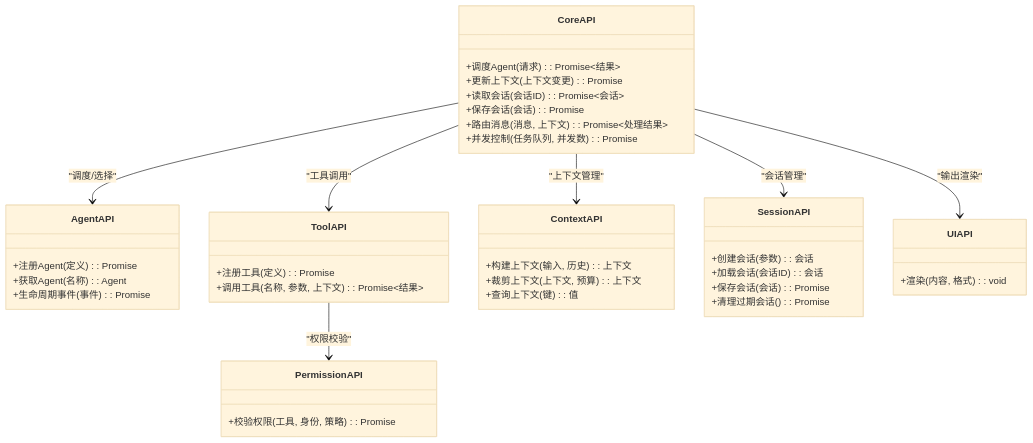
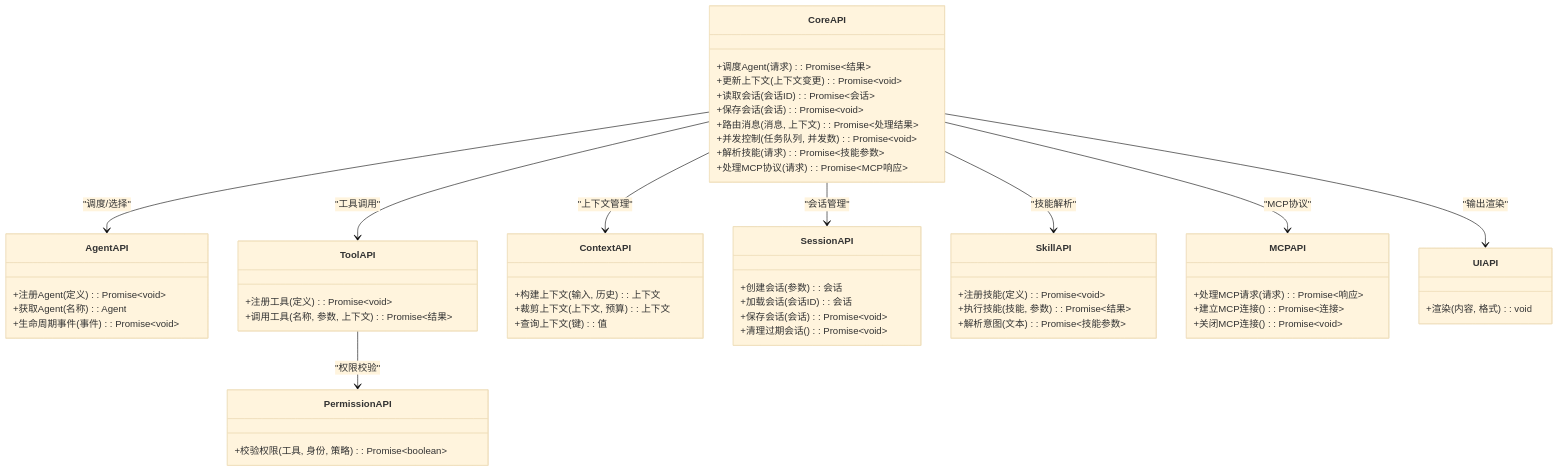
Before and after one commit to SSZero-670/easy-agent-cli: the third of 12 diagrams in .qoder/repowiki/zh/content/API参考/核心逻辑API.md, drawn with Mermaid (base theme). The commit also changed other lines of this file and 9 other files, not shown here.

````diff
--- a/.qoder/repowiki/zh/content/API参考/核心逻辑API.md
+++ b/.qoder/repowiki/zh/content/API参考/核心逻辑API.md
@@ -154,43 +171,57 @@
 ```mermaid
 classDiagram
 class CoreAPI {
-+调度Agent(请求) : Promise<结果>
-+更新上下文(上下文变更) : Promise<void>
-+读取会话(会话ID) : Promise<会话>
-+保存会话(会话) : Promise<void>
-+路由消息(消息, 上下文) : Promise<处理结果>
-+并发控制(任务队列, 并发数) : Promise<void>
++调度Agent(请求) : Promise~结果~
++更新上下文(上下文变更) : Promise~void~
++读取会话(会话ID) : Promise~会话~
++保存会话(会话) : Promise~void~
++路由消息(消息, 上下文) : Promise~处理结果~
++并发控制(任务队列, 并发数) : Promise~void~
++解析技能(请求) : Promise~技能参数~
++处理MCP协议(请求) : Promise~MCP响应~
 }
 class AgentAPI {
-+注册Agent(定义) : Promise<void>
++注册Agent(定义) : Promise~void~
 +获取Agent(名称) : Agent
-+生命周期事件(事件) : Promise<void>
++生命周期事件(事件) : Promise~void~
 }
 class ToolAPI {
-+注册工具(定义) : Promise<void>
-+调用工具(名称, 参数, 上下文) : Promise<结果>
++注册工具(定义) : Promise~void~
++调用工具(名称, 参数, 上下文) : Promise~结果~
 }
 class ContextAPI {
 +构建上下文(输入, 历史) : 上下文
 +裁剪上下文(上下文, 预算) : 上下文
 +查询上下文(键) : 值
 }
 class SessionAPI {
 +创建会话(参数) : 会话
 +加载会话(会话ID) : 会话
-+保存会话(会话) : Promise<void>
-+清理过期会话() : Promise<void>
++保存会话(会话) : Promise~void~
++清理过期会话() : Promise~void~
+}
+class SkillAPI {
++注册技能(定义) : Promise~void~
++执行技能(技能, 参数) : Promise~结果~
++解析意图(文本) : Promise~技能参数~
+}
+class MCPAPI {
++处理MCP请求(请求) : Promise~响应~
++建立MCP连接() : Promise~连接~
++关闭MCP连接() : Promise~void~
 }
 class PermissionAPI {
-+校验权限(工具, 身份, 策略) : Promise<boolean>
++校验权限(工具, 身份, 策略) : Promise~boolean~
 }
 class UIAPI {
 +渲染(内容, 格式) : void
 }
 CoreAPI --> AgentAPI : "调度/选择"
 CoreAPI --> ToolAPI : "工具调用"
 CoreAPI --> ContextAPI : "上下文管理"
 CoreAPI --> SessionAPI : "会话管理"
+CoreAPI --> SkillAPI : "技能解析"
+CoreAPI --> MCPAPI : "MCP协议"
 ToolAPI --> PermissionAPI : "权限校验"
 CoreAPI --> UIAPI : "输出渲染"
 ```
````
